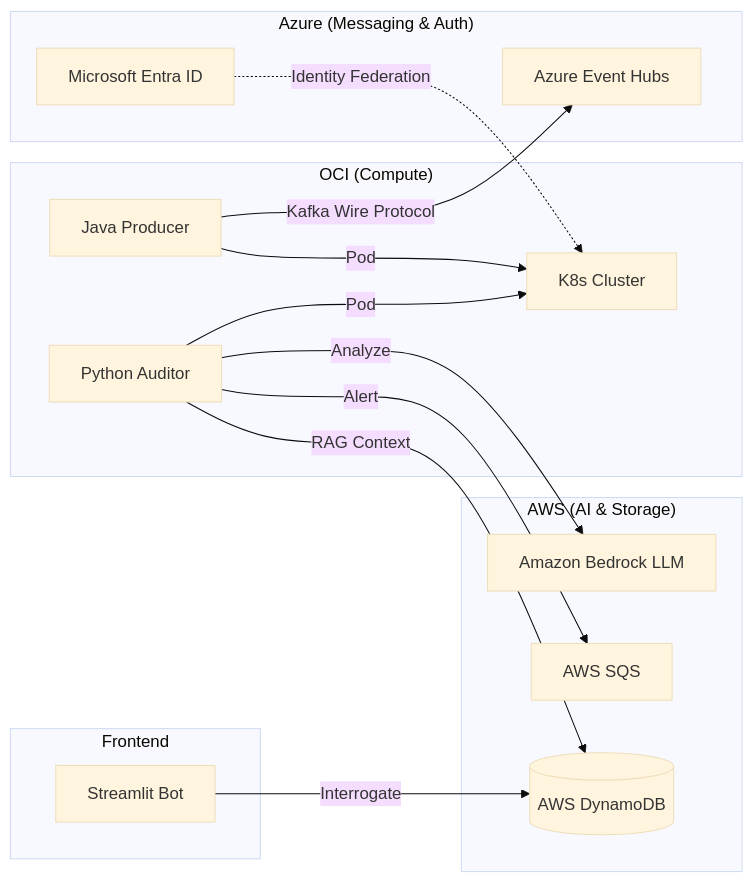
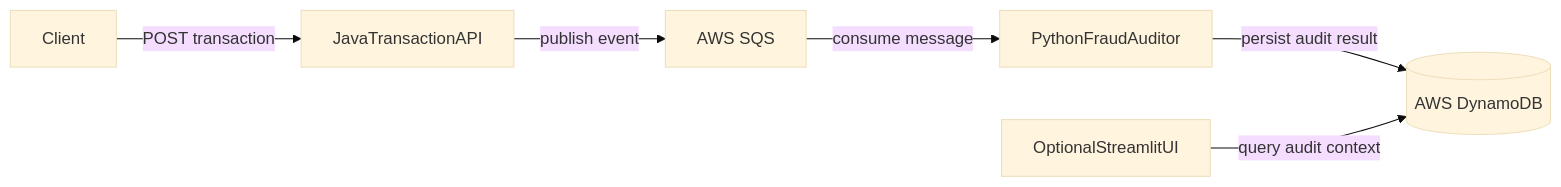
Before and after one commit to sehgalabhi/polyglot-fraud-auditor: the diagram in README.md, drawn with Mermaid (base theme). The commit also changed other lines of this file and 20 other files, not shown here.

First line of the commit message:
Improve Java producer flow/logging and add focused publisher unit tests.

````diff
--- a/README.md
+++ b/README.md
@@ -60,22 +59,8 @@
 ```mermaid
 graph LR
-    subgraph "OCI (Compute)"
-    J[Java Producer] -->|Pod| K[K8s Cluster]
-    P[Python Auditor] -->|Pod| K
-    end
-
-    subgraph "Azure (Messaging & Auth)"
-    J -->|Kafka Wire Protocol| AEH[Azure Event Hubs]
-    Entra[Microsoft Entra ID] -.->|Identity Federation| K
-    end
-
-    subgraph "AWS (AI & Storage)"
-    P -->|Analyze| Bedrock[Amazon Bedrock LLM]
-    P -->|Alert| SQS[AWS SQS]
-    P -->|RAG Context| DDB[(AWS DynamoDB)]
-    end
-
-    subgraph "Frontend"
-    UI[Streamlit Bot] -->|Interrogate| DDB
-    end
+    Client[Client] -->|POST transaction| JavaApi[JavaTransactionAPI]
+    JavaApi -->|publish event| SQS[AWS SQS]
+    SQS -->|consume message| PyAuditor[PythonFraudAuditor]
+    PyAuditor -->|persist audit result| DDB[(AWS DynamoDB)]
+    UI[OptionalStreamlitUI] -->|query audit context| DDB
 ```
````
